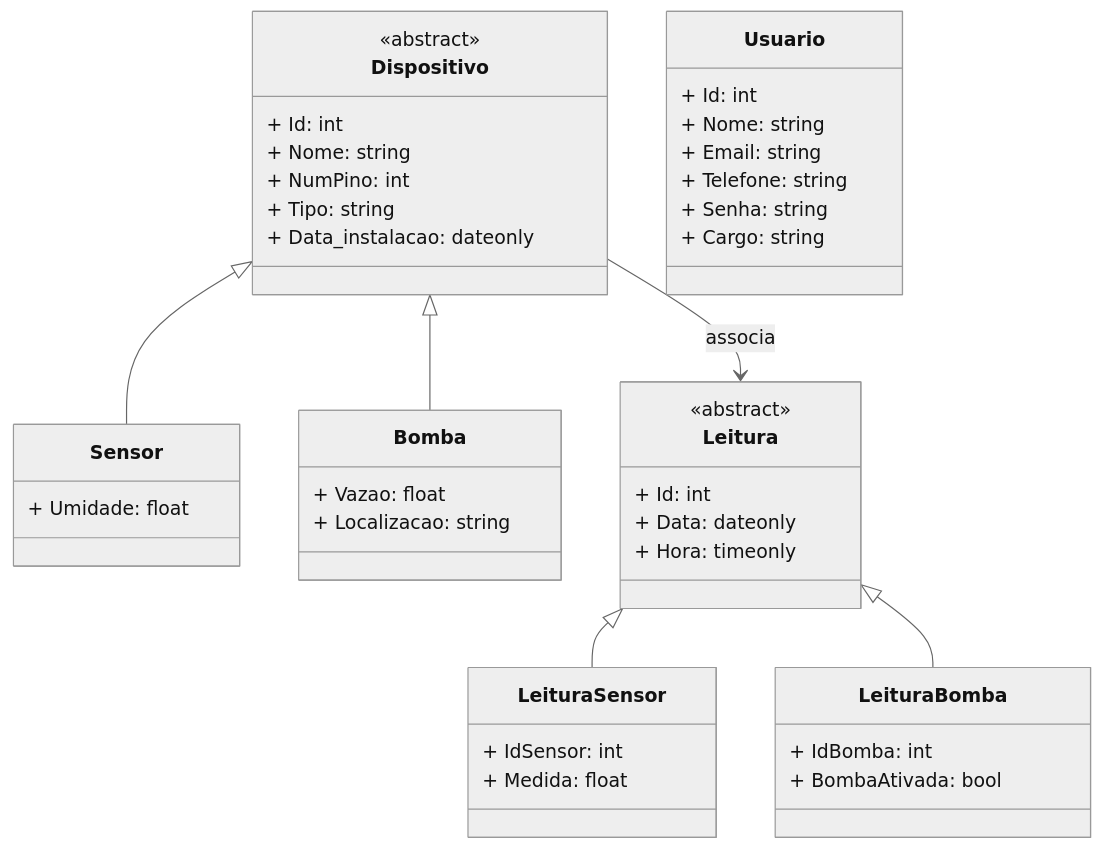
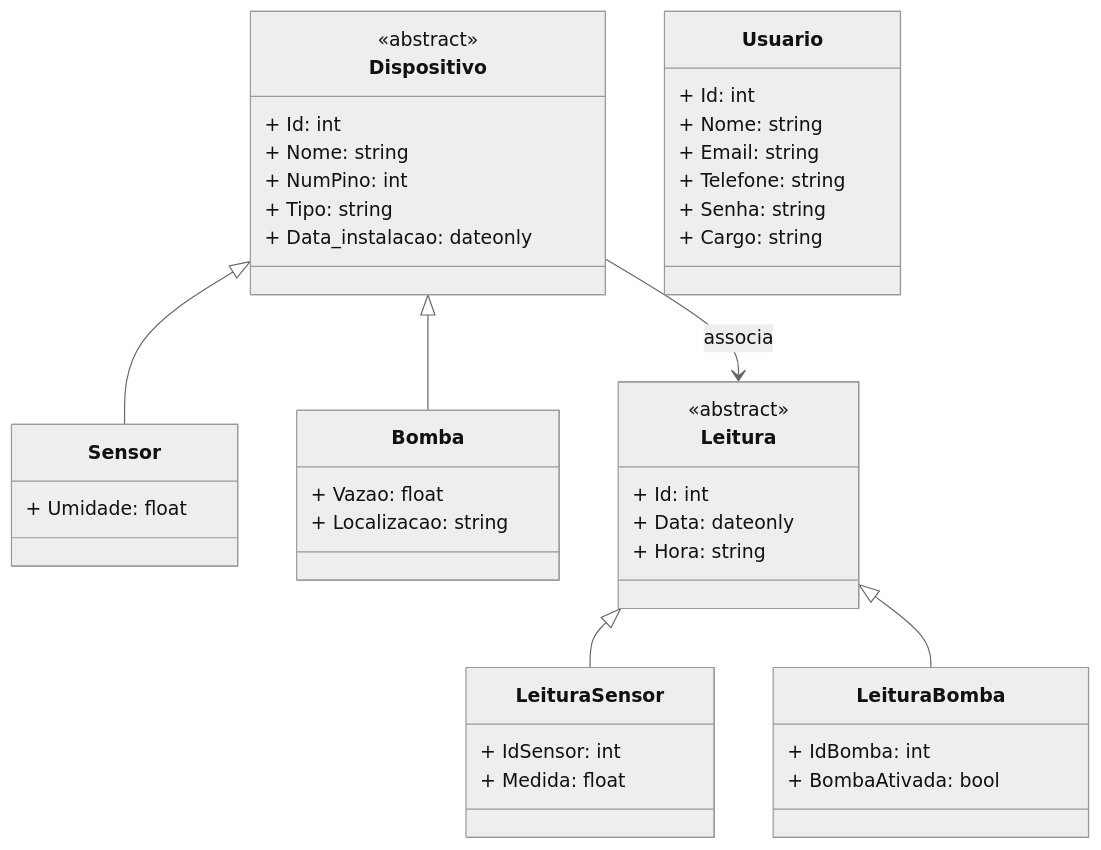
One commit to Giovani-RodriguesS/projeto_iot changed the diagram in docs/diagrama-uml.md. Above: the diagram before and after it, drawn with Mermaid (neutral theme).

Commit message:
docs: readme updated

````diff
--- a/docs/diagrama-uml.md
+++ b/docs/diagrama-uml.md
@@ -1,53 +1,53 @@
 ```mermaid
 classDiagram
     class Dispositivo {
         <<abstract>>
         + Id: int
         + Nome: string
         + NumPino: int
         + Tipo: string
         + Data_instalacao: dateonly
     }
     class Usuario {
         + Id: int
         + Nome: string
         + Email: string
         + Telefone: string
         + Senha: string
         + Cargo: string
     }
 
 
     class Sensor {
         + Umidade: float
     }
     class Bomba {
         + Vazao: float
         + Localizacao: string
 
     }
     class Leitura {
         <<abstract>>
         + Id: int
         + Data: dateonly
-        + Hora: timeonly
+        + Hora: string
     }
     class LeituraBomba {
         + IdBomba: int
         + BombaAtivada: bool
     }
     class LeituraSensor {
         + IdSensor: int
         + Medida: float
     }
 
     Usuario
     
     Dispositivo  <|-- Sensor
     Dispositivo <|-- Bomba
 
     Leitura <|-- LeituraSensor
     Leitura <|-- LeituraBomba
 
     Dispositivo --> Leitura : associa
 ```
````
